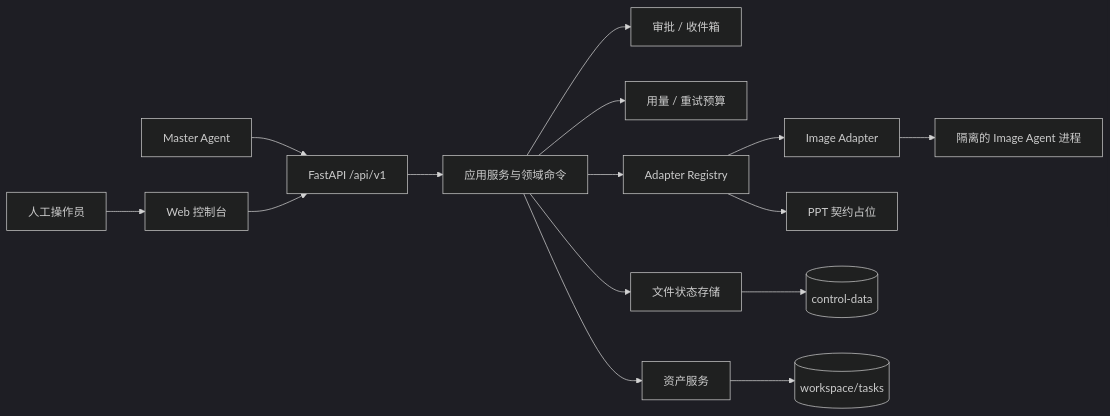
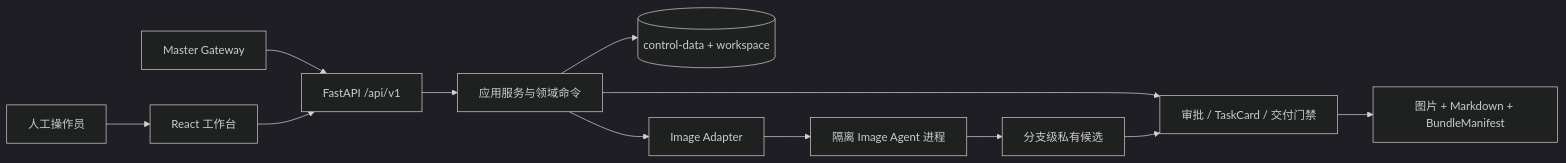
One commit to HST314/agentic-design-harness changed the diagram in README.md. Above: the diagram before and after it, drawn with Mermaid (dark theme). The commit also changed other lines of this file and 37 other files, not shown here.

````diff
--- a/README.md
+++ b/README.md
@@ -37,20 +20,14 @@
 ```mermaid
 flowchart LR
-    U[人工操作员] --> WEB[Web 控制台]
-    M[Master Agent] --> API[FastAPI /api/v1]
-    WEB --> API
-
-    API --> APP[应用服务与领域命令]
-    APP --> APPROVAL[审批 / 收件箱]
-    APP --> USAGE[用量 / 重试预算]
-    APP --> ASSET[资产服务]
-    APP --> REGISTRY[Adapter Registry]
-
-    REGISTRY --> IMAGE[Image Adapter]
-    REGISTRY --> PPT[PPT 契约占位]
-    IMAGE --> PROC[隔离的 Image Agent 进程]
-
-    APP --> STORE[文件状态存储]
-    STORE --> CONTROL[(control-data)]
-    ASSET --> WORKSPACE[(workspace/tasks)]
+    Human[人工操作员] --> Web[React 工作台]
+    Master[Master Gateway] --> API[FastAPI /api/v1]
+    Web --> API
+    API --> Domain[应用服务与领域命令]
+    Domain --> Review[审批 / TaskCard / 交付门禁]
+    Domain --> Store[(control-data + workspace)]
+    Domain --> Adapter[Image Adapter]
+    Adapter --> Runtime[隔离 Image Agent 进程]
+    Runtime --> Candidate[分支级私有候选]
+    Candidate --> Review
+    Review --> Shared[图片 + Markdown + BundleManifest]
 ```
````
